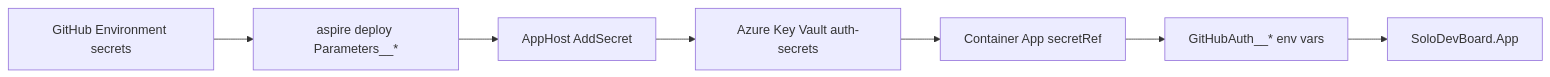
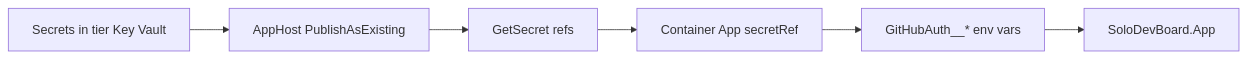
One commit to markheydon/solo-dev-board changed the diagram in plan/HOSTED_AUTH_KEY_VAULT_PATTERN.md. Above: the diagram before and after it, drawn with Mermaid. The commit also changed other lines of this file and 22 other files, not shown here.

First line of the commit message:
[Feature] Source hosted auth secrets from persistent tier Key Vault (#583)

````diff
--- a/plan/HOSTED_AUTH_KEY_VAULT_PATTERN.md
+++ b/plan/HOSTED_AUTH_KEY_VAULT_PATTERN.md
@@ -35,9 +28,8 @@
 ```mermaid
 flowchart LR
-    A[GitHub Environment secrets] --> B[aspire deploy Parameters__*]
-    B --> C[AppHost AddSecret]
-    C --> D[Azure Key Vault auth-secrets]
-    D --> E[Container App secretRef]
-    E --> F[GitHubAuth__* env vars]
-    F --> G[SoloDevBoard.App]
+    A[Secrets in tier Key Vault] --> B[AppHost PublishAsExisting]
+    B --> C[GetSecret refs]
+    C --> D[Container App secretRef]
+    D --> E[GitHubAuth__* env vars]
+    E --> F[SoloDevBoard.App]
 ```
````
